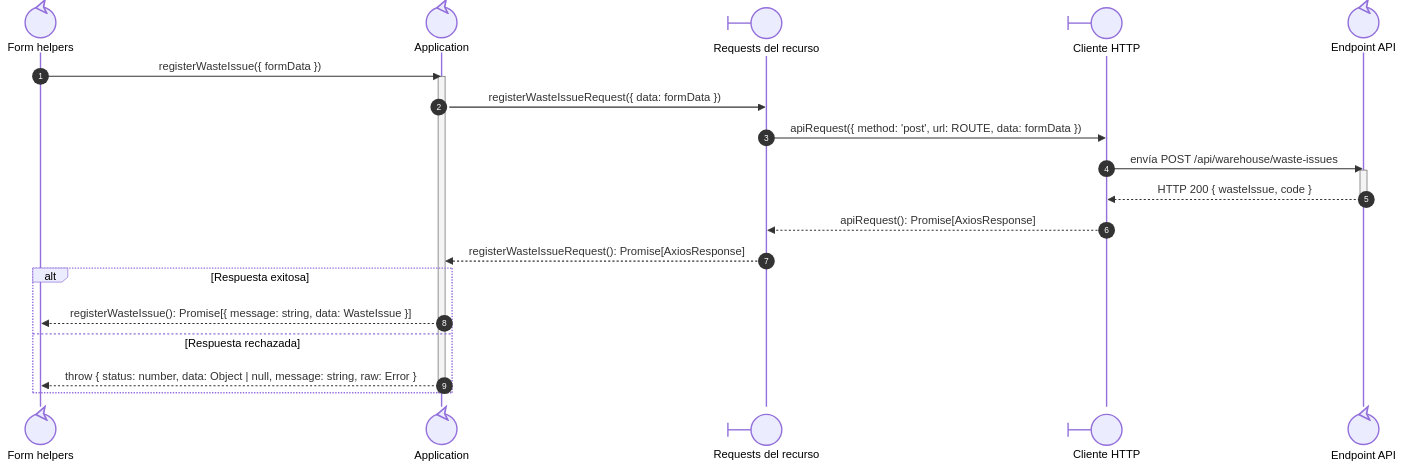
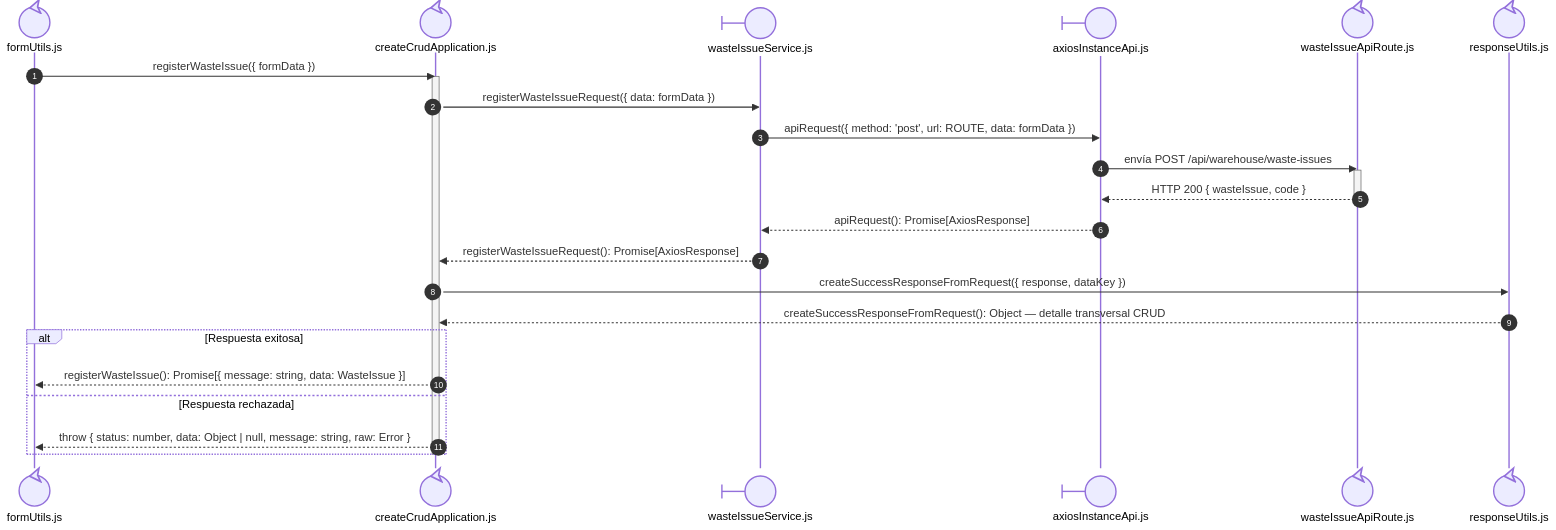
One commit to gpgsistemas01/nexus changed the fourth of 4 diagrams in docs/architecture/views/processes/frontend-code-sequences/issues/cu-sal-09.md. Above: the diagram before and after it, drawn with Mermaid. The commit also changed other lines of this file and 192 other files, not shown here.

Commit message:
docs: make sequence file ownership explicit and align code flows

````diff
--- a/docs/architecture/views/processes/frontend-code-sequences/issues/cu-sal-09.md
+++ b/docs/architecture/views/processes/frontend-code-sequences/issues/cu-sal-09.md
@@ -144,26 +233,30 @@
 ```mermaid
 sequenceDiagram
     autonumber
-    participant FormUtils@{ "type": "control" } as Form helpers
-    participant Application@{ "type": "control" } as Application
-    participant Request@{ "type": "boundary" } as Requests del recurso
-    participant HTTP@{ "type": "boundary" } as Cliente HTTP
-    participant Transport@{ "type": "control" } as Endpoint API
+    participant FormUtils@{ "type": "control" } as formUtils.js
+    participant Application@{ "type": "control" } as createCrudApplication.js
+    participant Request@{ "type": "boundary" } as wasteIssueService.js
+    participant HTTP@{ "type": "boundary" } as axiosInstanceApi.js
+    participant Transport@{ "type": "control" } as wasteIssueApiRoute.js
+
+    participant FileResponseUtils@{ "type": "control" } as responseUtils.js
 
         FormUtils->>Application: registerWasteIssue({ formData })
         activate Application
         Application->>Request: registerWasteIssueRequest({ data: formData })
         Request->>HTTP: apiRequest({ method: 'post', url: ROUTE, data: formData })
         HTTP->>Transport: envía POST /api/warehouse/waste-issues
         activate Transport
         Transport-->>HTTP: HTTP 200 { wasteIssue, code }
         deactivate Transport
         HTTP-->>Request: apiRequest(): Promise[AxiosResponse]
         Request-->>Application: registerWasteIssueRequest(): Promise[AxiosResponse]
+        Application->>FileResponseUtils: createSuccessResponseFromRequest({ response, dataKey })
+        FileResponseUtils-->>Application: createSuccessResponseFromRequest(): Object — detalle transversal CRUD
         alt Respuesta exitosa
             Application-->>FormUtils: registerWasteIssue(): Promise[{ message: string, data: WasteIssue }]
         else Respuesta rechazada
             Application-->>FormUtils: throw { status: number, data: Object | null, message: string, raw: Error }
     end
         deactivate Application
 ```
````
